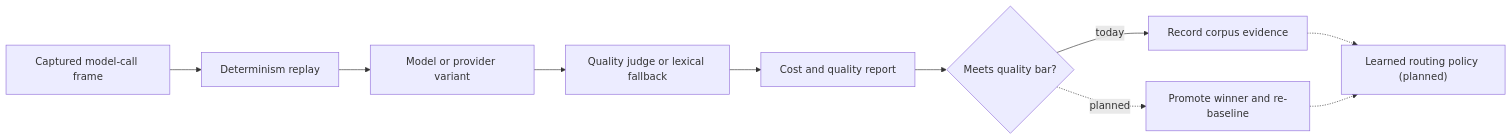
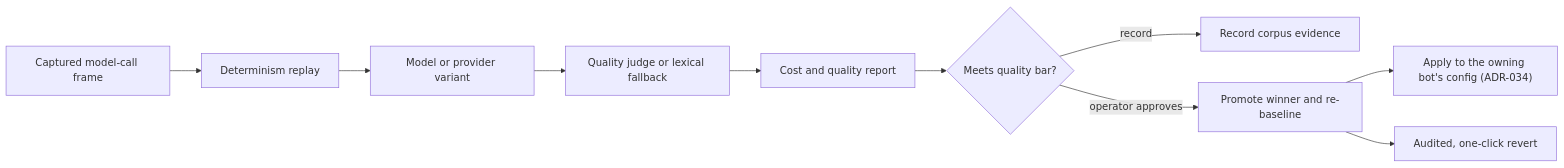
One commit to emeraldcoastsystemsgroup/oshal changed the diagram in ROADMAP.md. Above: the diagram before and after it, drawn with Mermaid. The commit also changed other lines of this file and 6 other files, not shown here.

````diff
--- a/ROADMAP.md
+++ b/ROADMAP.md
@@ -42,12 +50,12 @@
 ```mermaid
 flowchart LR
     call["Captured model-call frame"] --> replay["Determinism replay"]
     replay --> variant["Model or provider variant"]
     variant --> judge["Quality judge or lexical fallback"]
     judge --> report["Cost and quality report"]
     report --> decision{"Meets quality bar?"}
-    decision -->|"today"| evidence["Record corpus evidence"]
-    decision -.->|"planned"| promote["Promote winner and re-baseline"]
-    evidence -.-> policy["Learned routing policy (planned)"]
-    promote -.-> policy
+    decision -->|"record"| evidence["Record corpus evidence"]
+    decision -->|"operator approves"| promote["Promote winner and re-baseline"]
+    promote --> apply["Apply to the owning bot's config (ADR-034)"]
+    promote --> revert["Audited, one-click revert"]
 ```
````
